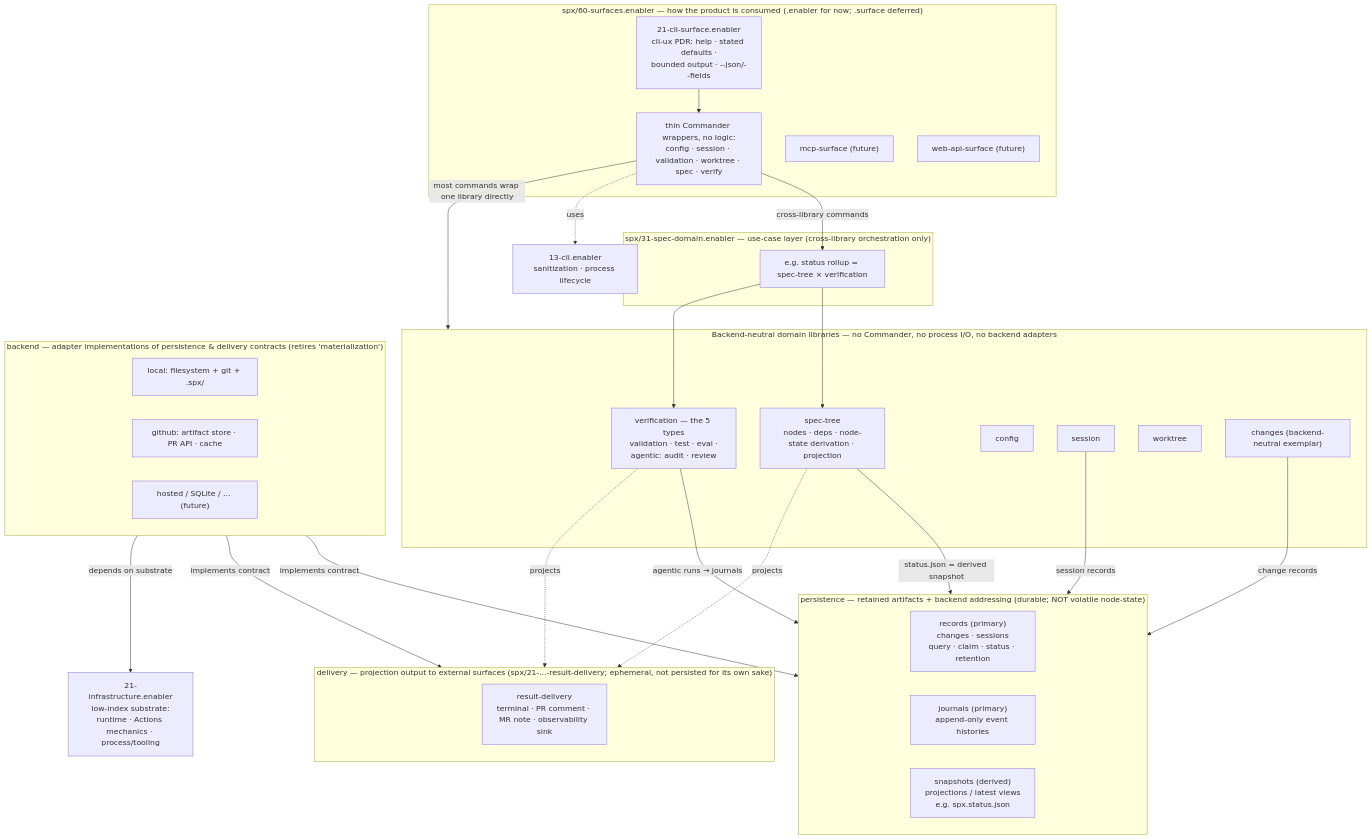
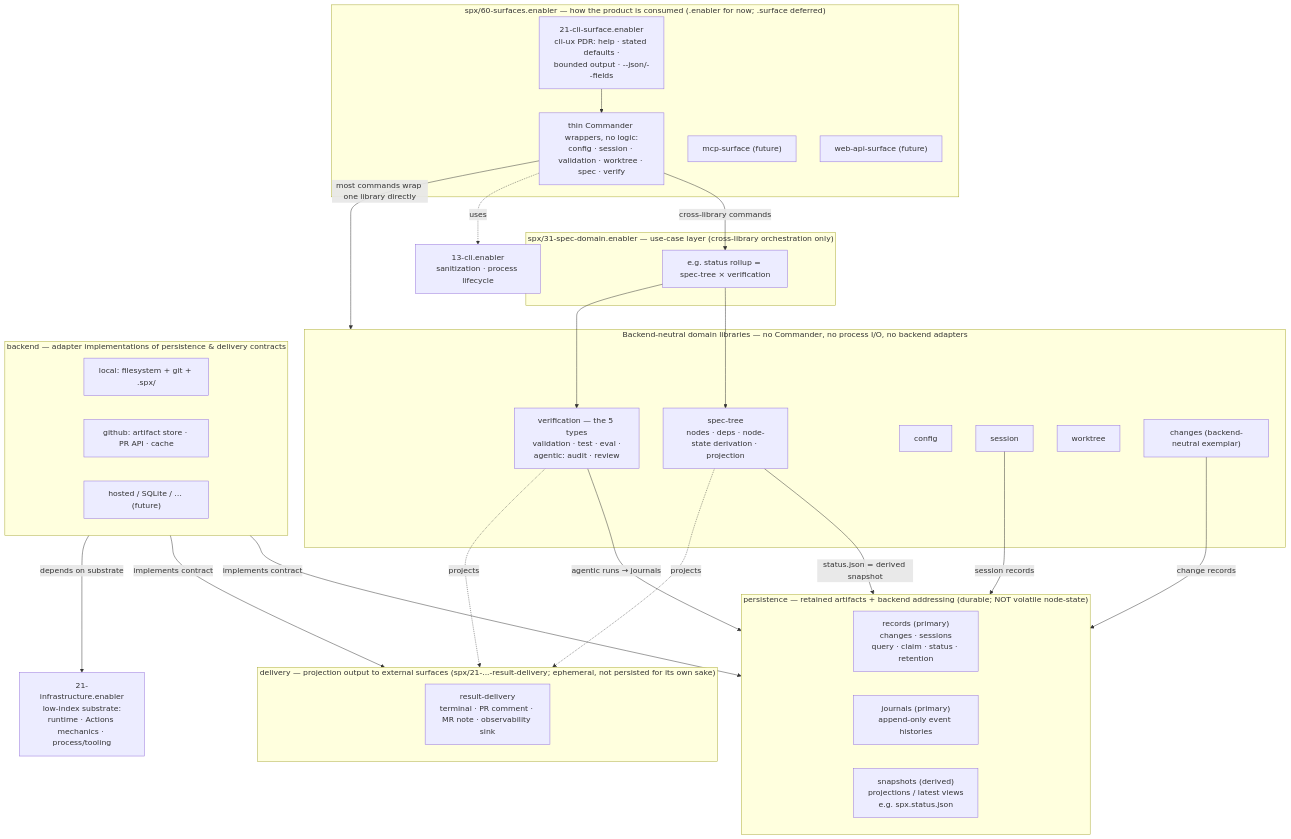
One commit to outcomeeng/spx changed the first of 2 diagrams in spx/PLAN.md. Above: the diagram before and after it, drawn with Mermaid. The commit also changed other lines of this file, not shown here.

First line of the commit message:
docs(spec-tree): reconcile materialization retirement in the plan

````diff
--- a/spx/PLAN.md
+++ b/spx/PLAN.md
@@ -17,61 +17,61 @@
 ```mermaid
 flowchart TB
   subgraph Surfaces["spx/60-surfaces.enabler — how the product is consumed (.enabler for now; .surface deferred)"]
     CLIsurface["21-cli-surface.enabler<br/>cli-ux PDR: help · stated defaults ·<br/>bounded output · --json/--fields"]
     CLIwrap["thin Commander wrappers, no logic:<br/>config · session · validation · worktree · spec · verify"]
     MCP["mcp-surface (future)"]
     WEB["web-api-surface (future)"]
     CLIsurface --> CLIwrap
   end
 
   subgraph UseCase["spx/31-spec-domain.enabler — use-case layer (cross-library orchestration only)"]
     App["e.g. status rollup = spec-tree × verification"]
   end
 
   subgraph Libraries["Backend-neutral domain libraries — no Commander, no process I/O, no backend adapters"]
     ST["spec-tree<br/>nodes · deps · node-state derivation · projection"]
     VER["verification — the 5 types<br/>validation · test · eval ·<br/>agentic: audit · review"]
     CFG["config"]
     SES["session"]
     WT["worktree"]
     CHG["changes (backend-neutral exemplar)"]
   end
 
   subgraph Persistence["persistence — retained artifacts + backend addressing (durable; NOT volatile node-state)"]
     REC["records (primary)<br/>changes · sessions<br/>query · claim · status · retention"]
     JRN["journals (primary)<br/>append-only event histories"]
     SNP["snapshots (derived)<br/>projections / latest views<br/>e.g. spx.status.json"]
   end
 
   subgraph DeliveryLayer["delivery — projection output to external surfaces (spx/21-...-result-delivery; ephemeral, not persisted for its own sake)"]
     DLV["result-delivery<br/>terminal · PR comment · MR note · observability sink"]
   end
 
-  subgraph Backend["backend — adapter implementations of persistence & delivery contracts (retires 'materialization')"]
+  subgraph Backend["backend — adapter implementations of persistence & delivery contracts"]
     LOC["local: filesystem + git + .spx/"]
     GHB["github: artifact store · PR API · cache"]
     FUT["hosted / SQLite / … (future)"]
   end
 
   MECH["13-cli.enabler<br/>sanitization · process lifecycle"]
   INFRA["21-infrastructure.enabler<br/>low-index substrate:<br/>runtime · Actions mechanics · process/tooling"]
 
   CLIwrap -->|"cross-library commands"| App
   CLIwrap -->|"most commands wrap one library directly"| Libraries
   CLIwrap -.uses.-> MECH
 
   App --> ST
   App --> VER
 
   ST -->|"status.json = derived snapshot"| Persistence
   VER -->|"agentic runs → journals"| Persistence
   SES -->|"session records"| Persistence
   CHG -->|"change records"| Persistence
 
   ST -.projects.-> DeliveryLayer
   VER -.projects.-> DeliveryLayer
 
   Backend -->|"implements contract"| Persistence
   Backend -->|"implements contract"| DeliveryLayer
   Backend -->|"depends on substrate"| INFRA
 ```
````
